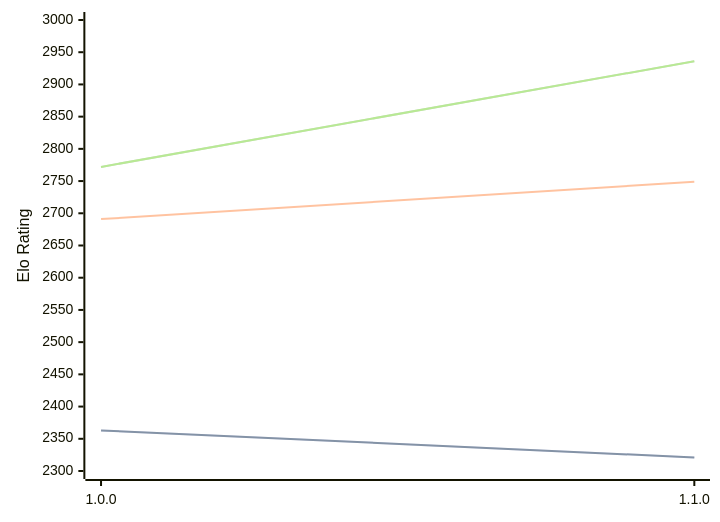
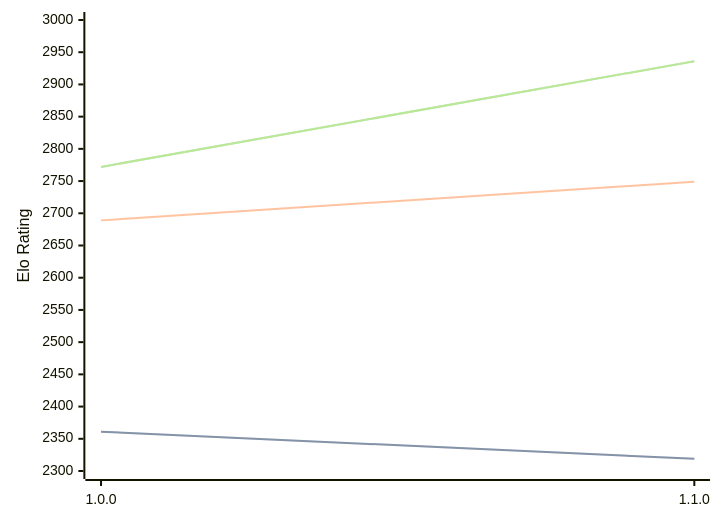
Before and after one commit to computer-chess-index/cci: the diagram in engines/ShallowGuess.md, drawn with Mermaid. The commit also changed other lines of this file, not shown here.

Commit message:
Update CCI Ratings (ELO VLTC) - 2026-04-06

````diff
--- a/engines/ShallowGuess.md
+++ b/engines/ShallowGuess.md
@@ -36,11 +36,11 @@
 ```mermaid
 %%{init: {"theme":"base","themeVariables":{"seriesColors:['#a3a3a3','#222221','#faa371']}}}%%
 xychart-beta
   x-axis ["1.0.0", "1.1.0"]
   y-axis "Elo Rating" 2300 --> 3000
-  line "STC (8.0+0.08s)" [2363, 2321]
-  line "STC (8.0+0.08s)" [2363, 2321]
-  line "LTC (60.0+0.60s)" [2691, 2749]
+  line "STC (8.0+0.08s)" [2361, 2319]
+  line "STC (8.0+0.08s)" [2361, 2319]
+  line "LTC (60.0+0.60s)" [2689, 2749]
   line "VLTC (2m24s+1.12s)" [2772, 2936]
   line "VLTC (2m24s+1.12s)" [2772, 2936]
 ```
````
